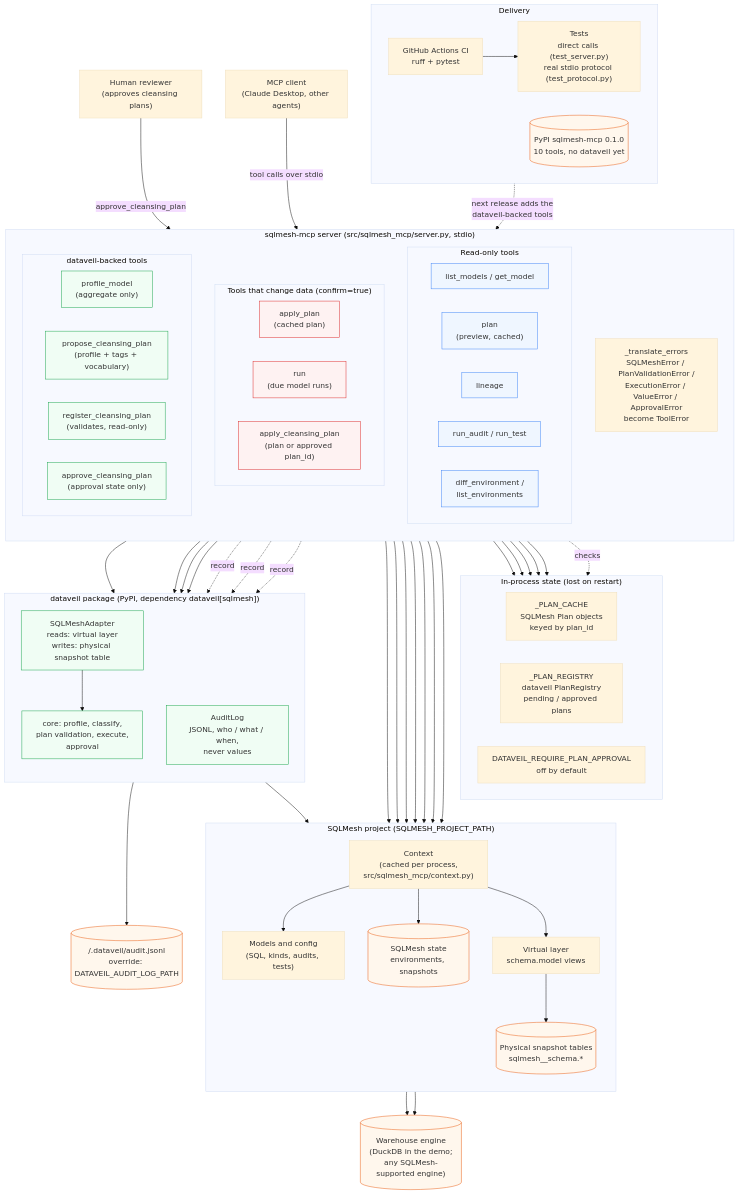
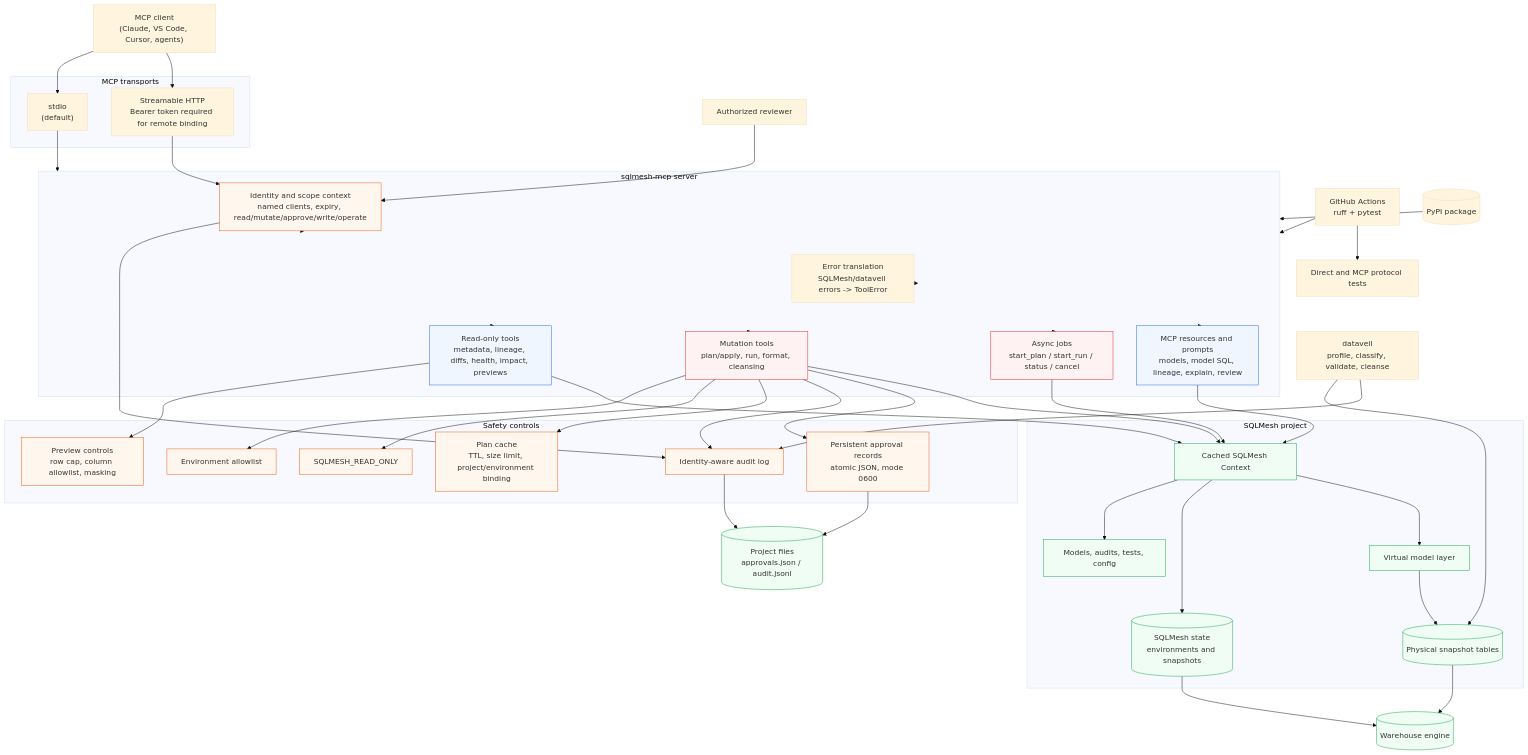
Before and after one commit to Zain-ul-Abdin45/sqlmesh-mcp: the diagram in architecture.mmd, drawn with Mermaid (base theme).

Commit message:
Update architecture and PyPI release

```diff
--- a/architecture.mmd
+++ b/architecture.mmd
@@ -1,116 +1,91 @@
 flowchart TB
-    %% ---------- Clients ----------
-    client["MCP client<br/>(Claude Desktop, other agents)"]
-    reviewer["Human reviewer<br/>(approves cleansing plans)"]
+    client["MCP client<br/>(Claude, VS Code, Cursor, agents)"]
+    reviewer["Authorized reviewer"]
 
-    %% ---------- The MCP server ----------
-    subgraph server["sqlmesh-mcp server  (src/sqlmesh_mcp/server.py, stdio)"]
-        direction TB
-        subgraph ro["Read-only tools"]
-            direction LR
-            t_models["list_models / get_model"]
-            t_plan["plan<br/>(preview, cached)"]
-            t_lineage["lineage"]
-            t_checks["run_audit / run_test"]
-            t_envs["diff_environment /<br/>list_environments"]
-        end
-        subgraph wr["Tools that change data (confirm=true)"]
-            direction LR
-            t_apply_plan["apply_plan<br/>(cached plan)"]
-            t_run["run<br/>(due model runs)"]
-            t_apply_clean["apply_cleansing_plan<br/>(plan or approved plan_id)"]
-        end
-        subgraph dv["dataveil-backed tools"]
-            direction LR
-            t_profile["profile_model<br/>(aggregate only)"]
-            t_propose["propose_cleansing_plan<br/>(profile + tags + vocabulary)"]
-            t_register["register_cleansing_plan<br/>(validates, read-only)"]
-            t_approve["approve_cleansing_plan<br/>(approval state only)"]
-        end
-        errors["_translate_errors<br/>SQLMeshError / PlanValidationError /<br/>ExecutionError / ValueError / ApprovalError<br/>become ToolError"]
+    subgraph transport["MCP transports"]
+        stdio["stdio<br/>(default)"]
+        http["Streamable HTTP<br/>Bearer token required for remote binding"]
     end
 
-    client -->|"tool calls over stdio"| server
-    reviewer -->|"approve_cleansing_plan"| t_approve
-
-    %% ---------- In-process state ----------
-    subgraph state["In-process state (lost on restart)"]
-        direction LR
-        plan_cache["_PLAN_CACHE<br/>SQLMesh Plan objects<br/>keyed by plan_id"]
-        plan_registry["_PLAN_REGISTRY<br/>dataveil PlanRegistry<br/>pending / approved plans"]
-        approval_flag["DATAVEIL_REQUIRE_PLAN_APPROVAL<br/>off by default"]
+    subgraph server["sqlmesh-mcp server"]
+        auth["Identity and scope context<br/>named clients, expiry, read/mutate/approve/write/operate"]
+        errors["Error translation<br/>SQLMesh/dataveil errors -> ToolError"]
+        ro["Read-only tools<br/>metadata, lineage, diffs, health, impact, previews"]
+        write["Mutation tools<br/>plan/apply, run, format, cleansing"]
+        jobs["Async jobs<br/>start_plan / start_run / status / cancel"]
+        resources["MCP resources and prompts<br/>models, model SQL, lineage, explain, review"]
     end
 
-    t_plan --> plan_cache
-    t_apply_plan --> plan_cache
-    t_register --> plan_registry
-    t_approve --> plan_registry
-    t_apply_clean --> plan_registry
-    t_apply_clean -.->|"checks"| approval_flag
-
-    %% ---------- SQLMesh ----------
-    subgraph sqlmesh["SQLMesh project  (SQLMESH_PROJECT_PATH)"]
-        direction TB
-        ctx["Context<br/>(cached per process,<br/>src/sqlmesh_mcp/context.py)"]
-        models["Models and config<br/>(SQL, kinds, audits, tests)"]
-        state_db[("SQLMesh state<br/>environments, snapshots")]
-        vlayer["Virtual layer<br/>schema.model views"]
-        physical[("Physical snapshot tables<br/>sqlmesh__schema.* ")]
+    subgraph safety["Safety controls"]
+        envs["Environment allowlist"]
+        readonly["SQLMESH_READ_ONLY"]
+        cache["Plan cache<br/>TTL, size limit, project/environment binding"]
+        preview["Preview controls<br/>row cap, column allowlist, masking"]
+        audit["Identity-aware audit log"]
+        approvals["Persistent approval records<br/>atomic JSON, mode 0600"]
     end
 
-    t_models --> ctx
-    t_lineage --> ctx
-    t_checks --> ctx
-    t_envs --> ctx
-    t_plan --> ctx
-    t_apply_plan --> ctx
-    t_run --> ctx
-    ctx --> models
-    ctx --> state_db
-    ctx --> vlayer
-    vlayer --> physical
-
-    %% ---------- dataveil (external package) ----------
-    subgraph dataveil["dataveil package  (PyPI, dependency dataveil[sqlmesh])"]
-        direction TB
-        dv_adapter["SQLMeshAdapter<br/>reads: virtual layer<br/>writes: physical snapshot table"]
-        dv_core["core: profile, classify,<br/>plan validation, execute,<br/>approval"]
-        dv_audit["AuditLog<br/>JSONL, who / what / when,<br/>never values"]
+    subgraph project["SQLMesh project"]
+        context["Cached SQLMesh Context"]
+        definitions["Models, audits, tests, config"]
+        state[("SQLMesh state<br/>environments and snapshots")]
+        virtual["Virtual model layer"]
+        physical[("Physical snapshot tables")]
     end
 
-    t_profile --> dv_adapter
-    t_propose --> dv_adapter
-    t_apply_clean --> dv_adapter
-    t_register --> dv_adapter
-    dv_adapter --> dv_core
-    dv_adapter --> ctx
-    t_profile -.->|"record"| dv_audit
-    t_propose -.->|"record"| dv_audit
-    t_apply_clean -.->|"record"| dv_audit
-    dv_audit --> audit_file[("<project>/.dataveil/audit.jsonl<br/>override: DATAVEIL_AUDIT_LOG_PATH")]
+    warehouse[("Warehouse engine")]
+    dataveil["dataveil<br/>profile, classify, validate, cleanse"]
+    files[("Project files<br/>approvals.json / audit.jsonl")]
+    ci["GitHub Actions<br/>ruff + pytest"]
+    tests["Direct and MCP protocol tests"]
+    pypi[("PyPI package")]
 
-    %% ---------- Warehouse ----------
-    warehouse[("Warehouse engine<br/>(DuckDB in the demo;<br/>any SQLMesh-supported engine)")]
+    client --> stdio
+    client --> http
+    stdio --> server
+    http --> auth
+    auth --> server
+    reviewer --> auth
+
+    server --> errors
+    server --> ro
+    server --> write
+    server --> jobs
+    server --> resources
+
+    write --> envs
+    write --> readonly
+    write --> cache
+    ro --> preview
+    write --> audit
+    write --> approvals
+    auth --> audit
+
+    ro --> context
+    write --> context
+    jobs --> context
+    resources --> context
+    context --> definitions
+    context --> state
+    context --> virtual
+    virtual --> physical
     physical --> warehouse
-    state_db --> warehouse
+    state --> warehouse
 
-    %% ---------- Delivery ----------
-    subgraph release["Delivery"]
-        direction LR
-        gh_ci["GitHub Actions CI<br/>ruff + pytest"]
-        tests["Tests<br/>direct calls (test_server.py)<br/>real stdio protocol (test_protocol.py)"]
-        pypi[("PyPI sqlmesh-mcp 0.1.0<br/>10 tools, no dataveil yet")]
-    end
+    dataveil --> physical
+    dataveil --> audit
+    audit --> files
+    approvals --> files
 
-    gh_ci --> tests
-    pypi -.->|"next release adds the<br/>dataveil-backed tools"| server
+    ci --> server
+    ci --> tests
+    pypi --> server
 
-    %% ---------- Styling ----------
-    classDef write fill:#fef2f2,stroke:#dc2626
-    classDef dv fill:#f0fdf4,stroke:#16a34a
-    classDef store fill:#fff7ed,stroke:#ea580c
-    classDef readonly fill:#eff6ff,stroke:#3b82f6
-    class t_apply_plan,t_run,t_apply_clean write
-    class t_profile,t_propose,t_register,t_approve,dv_adapter,dv_core,dv_audit dv
-    class state_db,physical,warehouse,audit_file,pypi store
-    class t_models,t_plan,t_lineage,t_checks,t_envs readonly
+    classDef read fill:#eff6ff,stroke:#2563eb
+    classDef mutate fill:#fef2f2,stroke:#dc2626
+    classDef security fill:#fff7ed,stroke:#ea580c
+    classDef state fill:#f0fdf4,stroke:#16a34a
+    class ro,resources read
+    class write,jobs mutate
+    class auth,envs,readonly,cache,preview,audit,approvals security
+    class context,definitions,state,virtual,physical,warehouse,files state
```
